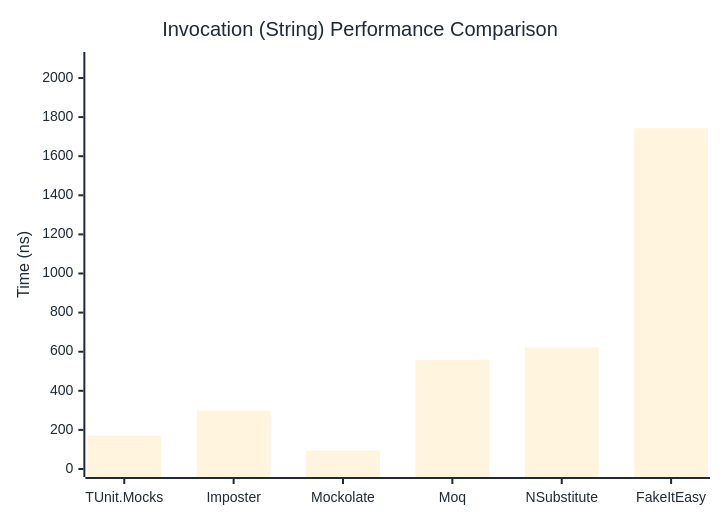
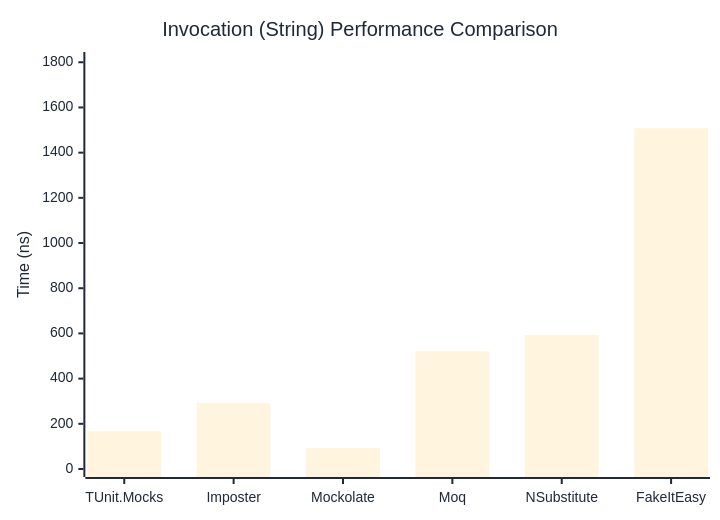
The second of 3 diagrams in docs/docs/benchmarks/mocks/Invocation.md (thomhurst/TUnit), drawn with Mermaid before and after one commit. The commit also changed other lines of this file and 14 other files, not shown here.

````diff
--- a/docs/docs/benchmarks/mocks/Invocation.md
+++ b/docs/docs/benchmarks/mocks/Invocation.md
@@ -71,27 +71,27 @@
 ```mermaid
 %%{init: {
   'theme':'base',
   'themeVariables': {
     'primaryColor': '#2563eb',
     'primaryTextColor': '#1f2937',
     'primaryBorderColor': '#1e40af',
     'lineColor': '#6b7280',
     'secondaryColor': '#7c3aed',
     'tertiaryColor': '#dc2626',
     'background': '#ffffff',
     'pie1': '#2563eb',
     'pie2': '#7c3aed',
     'pie3': '#dc2626',
     'pie4': '#f59e0b',
     'pie5': '#10b981',
     'pie6': '#06b6d4',
     'pie7': '#ec4899',
     'pie8': '#6366f1'
   }
 }}%%
 xychart-beta
   title "Invocation (String) Performance Comparison"
   x-axis ["TUnit.Mocks", "Imposter", "Mockolate", "Moq", "NSubstitute", "FakeItEasy"]
-  y-axis "Time (ns)" 0 --> 2092
-  bar [170.31, 298.67, 94.48, 559.29, 621.08, 1743.22]
+  y-axis "Time (ns)" 0 --> 1810
+  bar [166.71, 292.61, 92.88, 520.85, 593.12, 1508.27]
 ```
````
